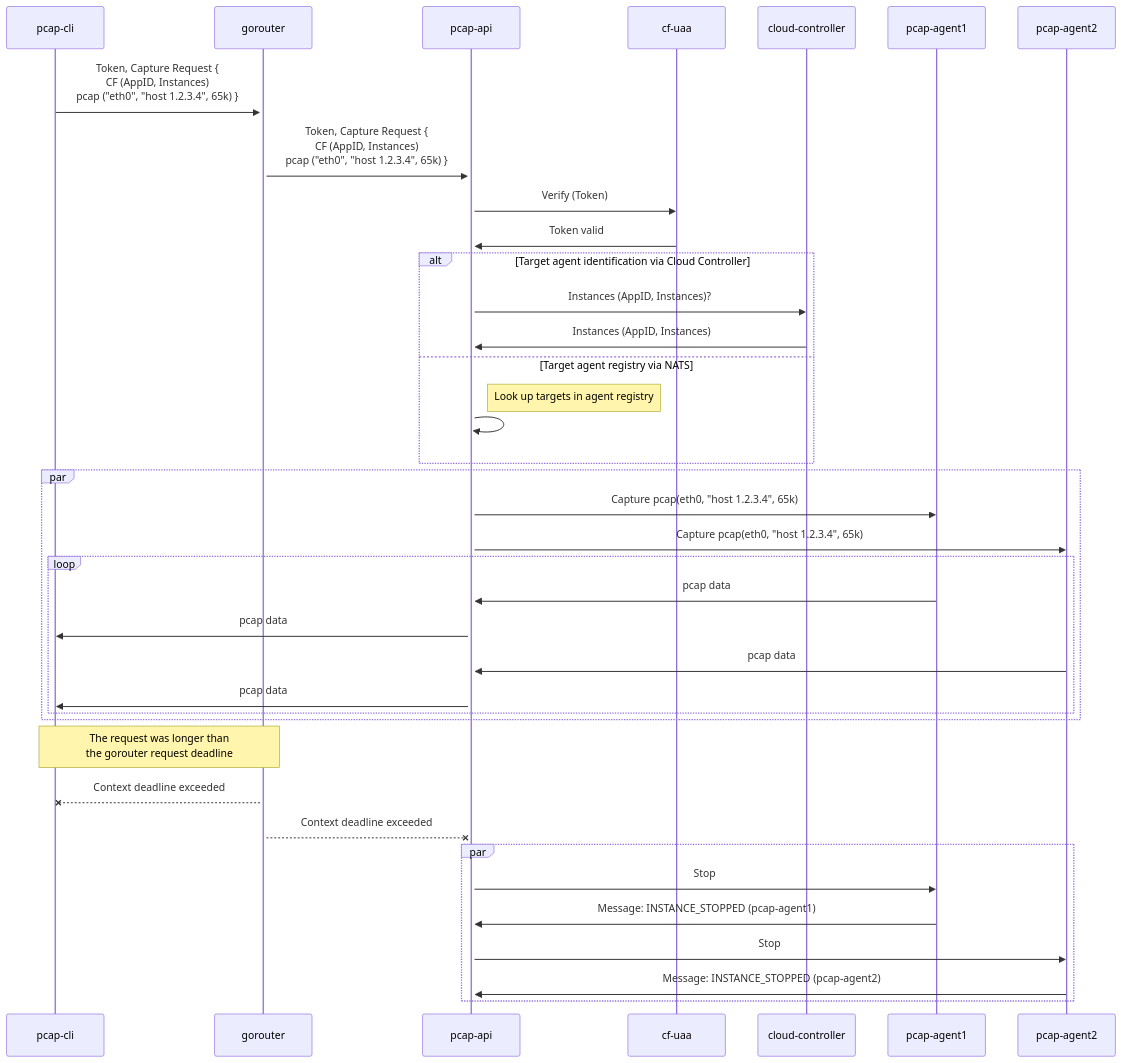
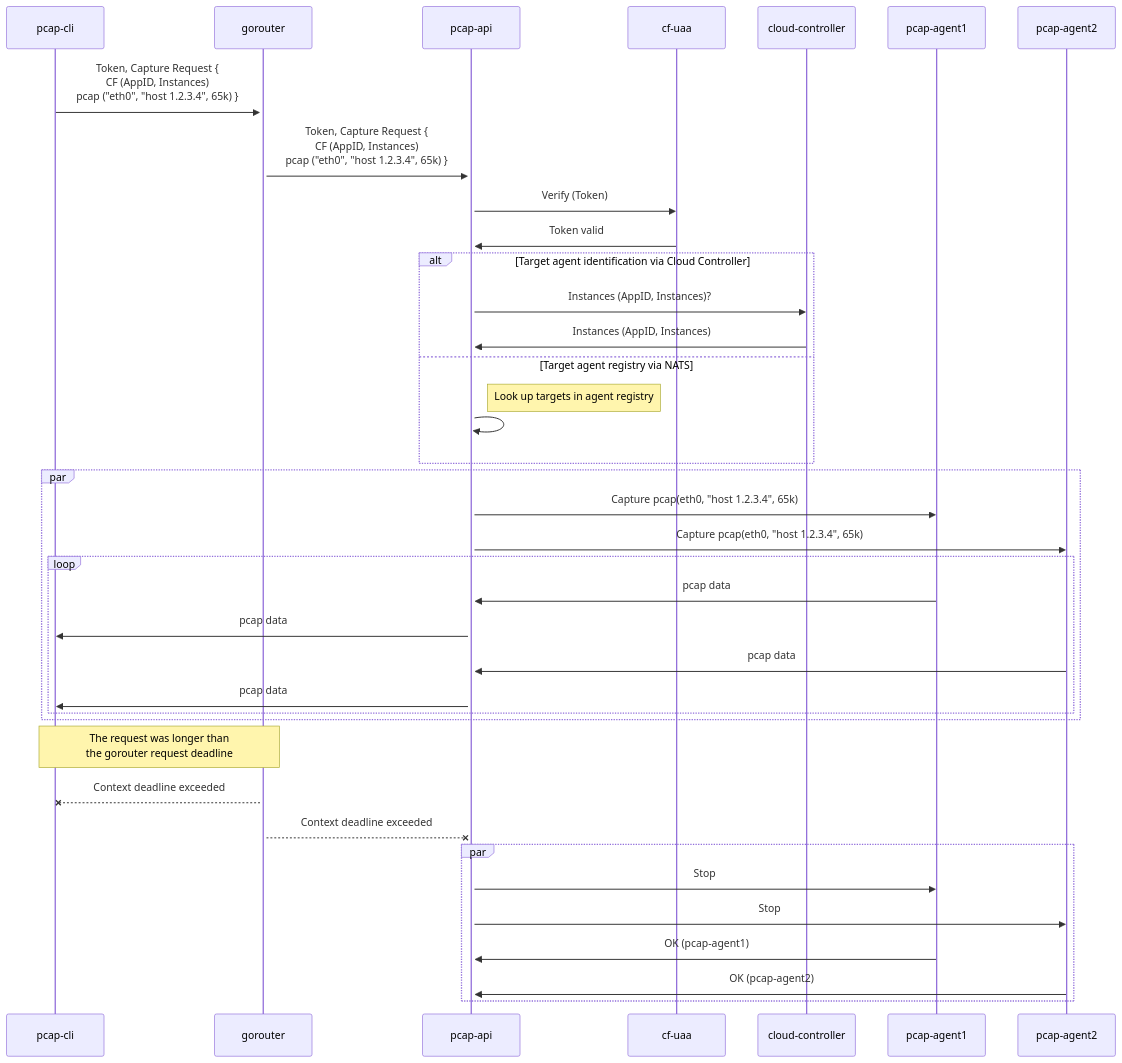
One commit to cloudfoundry/pcap-release changed diagram 11 of 21 in docs/api-communication-spec.md. Above: the diagram before and after it, drawn with Mermaid. The commit also changed other lines of this file, not shown here.

Commit message:
docs(api): adapted all use cases to native gRPC status codes where applicable

````diff
--- a/docs/api-communication-spec.md
+++ b/docs/api-communication-spec.md
@@ -587,33 +584,33 @@
 ```mermaid
 sequenceDiagram
     pcap-cli ->>+ gorouter: Token, Capture Request {<br/>CF (AppID, Instances)<br/>pcap ("eth0", "host 1.2.3.4", 65k) }
     gorouter ->>+ pcap-api: Token, Capture Request {<br/>CF (AppID, Instances)<br/>pcap ("eth0", "host 1.2.3.4", 65k) }
     pcap-api ->> cf-uaa: Verify (Token)
     cf-uaa ->> pcap-api: Token valid
     alt Target agent identification via Cloud Controller
         pcap-api ->> cloud-controller: Instances (AppID, Instances)?
         cloud-controller ->> pcap-api: Instances (AppID, Instances)
     else Target agent registry via NATS
         note right of pcap-api: Look up targets in agent registry
         pcap-api ->> pcap-api: 
     end
     par
         pcap-api ->> pcap-agent1: Capture pcap(eth0, "host 1.2.3.4", 65k)
         pcap-api ->> pcap-agent2: Capture pcap(eth0, "host 1.2.3.4", 65k)
         loop
             pcap-agent1 ->> pcap-api: pcap data
             pcap-api ->> pcap-cli: pcap data
             pcap-agent2 ->> pcap-api: pcap data
             pcap-api ->> pcap-cli: pcap data
         end
     end
     note over pcap-cli, gorouter: The request was longer than<br/>the gorouter request deadline
     gorouter --X pcap-cli: Context deadline exceeded
     gorouter --X pcap-api: Context deadline exceeded
     par
         pcap-api ->> pcap-agent1: Stop
-        pcap-agent1 ->> pcap-api: Message: INSTANCE_STOPPED (pcap-agent1)
         pcap-api ->> pcap-agent2: Stop
-        pcap-agent2 ->> pcap-api: Message: INSTANCE_STOPPED (pcap-agent2)
+        pcap-agent1 ->> pcap-api: OK (pcap-agent1)
+        pcap-agent2 ->> pcap-api: OK (pcap-agent2)
     end
 ```
````
